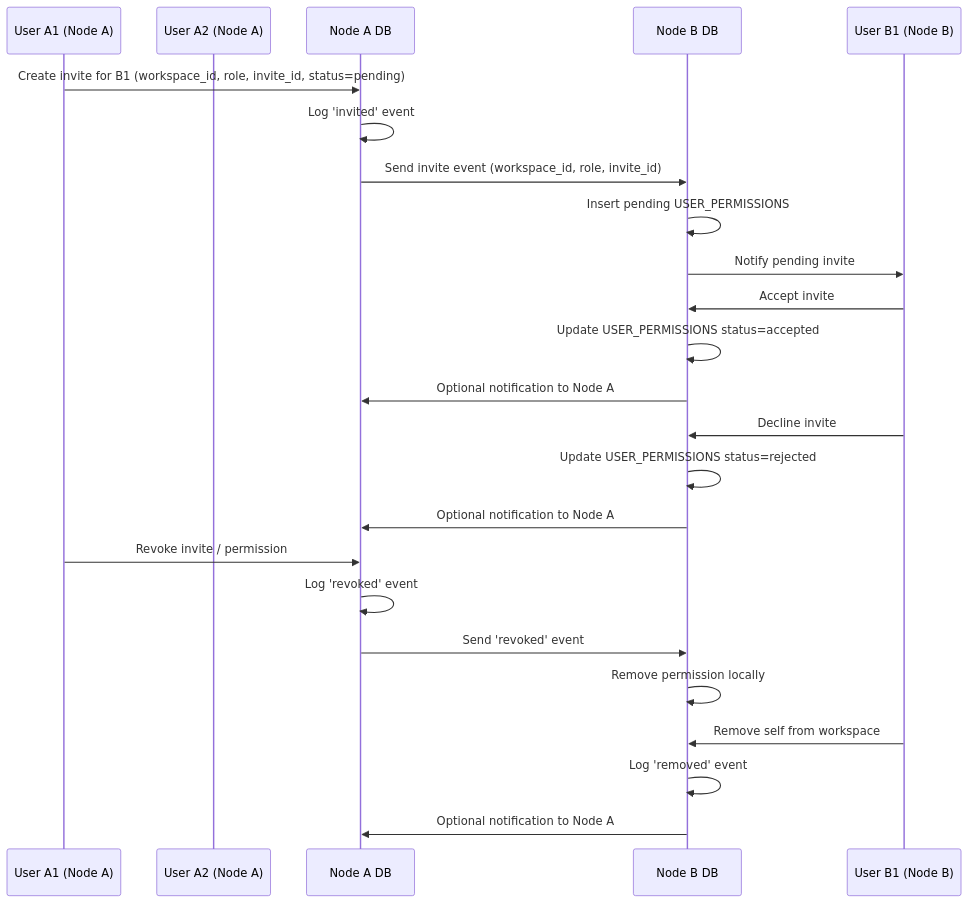
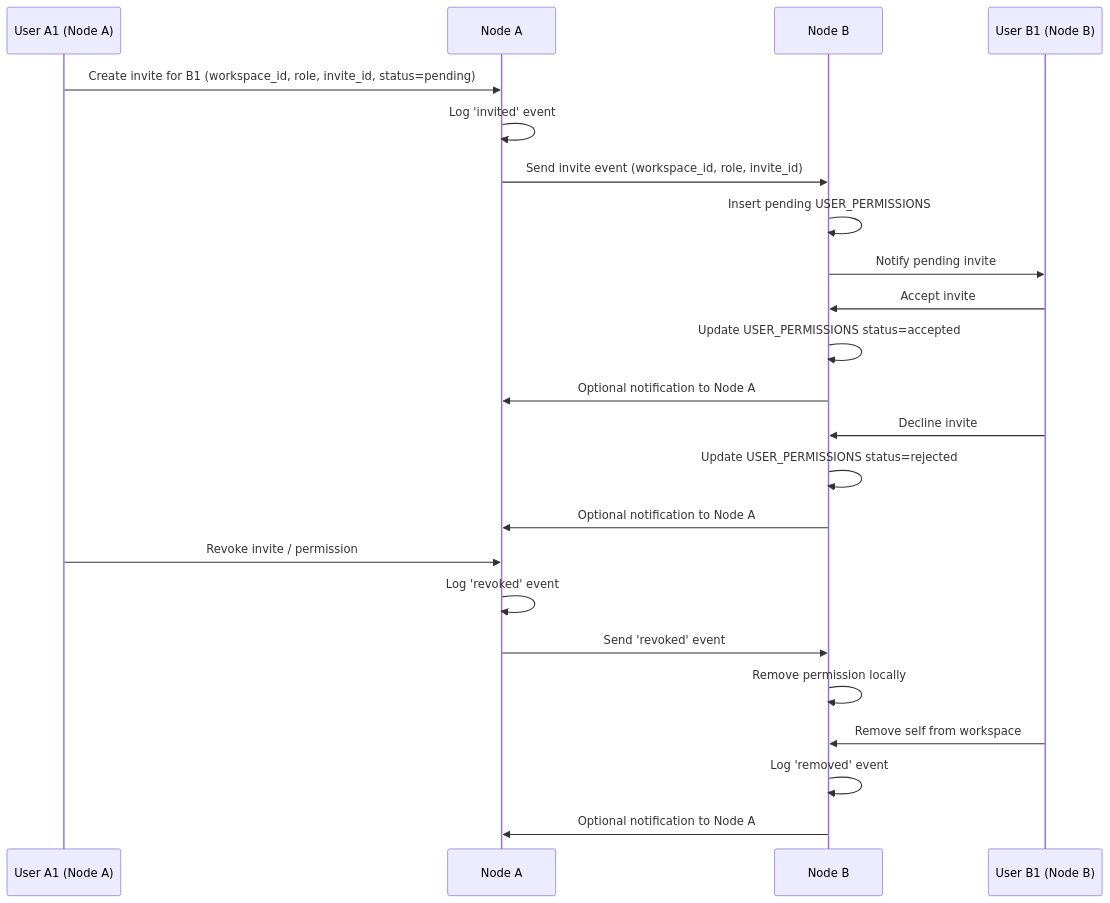
One commit to openkfw/TruSpace changed the diagram in doc/Architecture/workflows/proposed/#292-Private-workspace-permissions-across-IPFS-nodes/#292-Private-workspace-permissions-across-IPFS-nodes.md. Above: the diagram before and after it, drawn with Mermaid.

Commit message:
proposal for #292-Private-workspace-permissions-across-IPFS-nodes

````diff
--- a/doc/Architecture/workflows/proposed/#292-Private-workspace-permissions-across-IPFS-nodes/#292-Private-workspace-permissions-across-IPFS-nodes.md
+++ b/doc/Architecture/workflows/proposed/#292-Private-workspace-permissions-across-IPFS-nodes/#292-Private-workspace-permissions-across-IPFS-nodes.md
@@ -89,38 +89,37 @@
 ```mermaid
 sequenceDiagram
     participant A1 as User A1 (Node A)
-    participant A2 as User A2 (Node A)
-    participant NodeA_DB as Node A DB
-    participant NodeB_DB as Node B DB
+    participant NodeA_DB as Node A
+    participant NodeB_DB as Node B
     participant B1 as User B1 (Node B)
 
     %% Invite creation
     A1->>NodeA_DB: Create invite for B1 (workspace_id, role, invite_id, status=pending)
     NodeA_DB->>NodeA_DB: Log 'invited' event
 
     %% Deliver invite to target node
     NodeA_DB->>NodeB_DB: Send invite event (workspace_id, role, invite_id)
     NodeB_DB->>NodeB_DB: Insert pending USER_PERMISSIONS
     NodeB_DB->>B1: Notify pending invite
 
     %% Invite acceptance
     B1->>NodeB_DB: Accept invite
     NodeB_DB->>NodeB_DB: Update USER_PERMISSIONS status=accepted
     NodeB_DB->>NodeA_DB: Optional notification to Node A
 
     %% Invite rejection
     B1->>NodeB_DB: Decline invite
     NodeB_DB->>NodeB_DB: Update USER_PERMISSIONS status=rejected
     NodeB_DB->>NodeA_DB: Optional notification to Node A
 
     %% Invite revocation by inviter
     A1->>NodeA_DB: Revoke invite / permission
     NodeA_DB->>NodeA_DB: Log 'revoked' event
     NodeA_DB->>NodeB_DB: Send 'revoked' event
     NodeB_DB->>NodeB_DB: Remove permission locally
 
     %% Self-removal
     B1->>NodeB_DB: Remove self from workspace
     NodeB_DB->>NodeB_DB: Log 'removed' event
     NodeB_DB->>NodeA_DB: Optional notification to Node A
 ```
````
